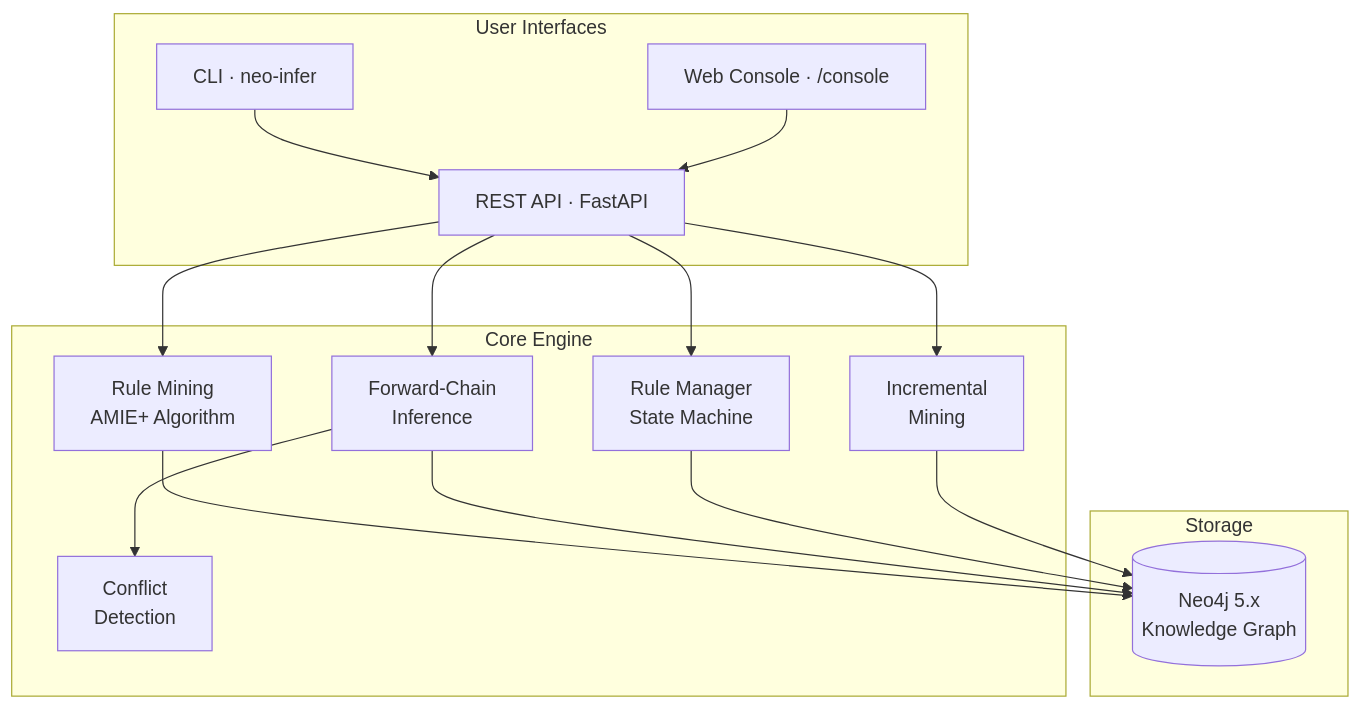
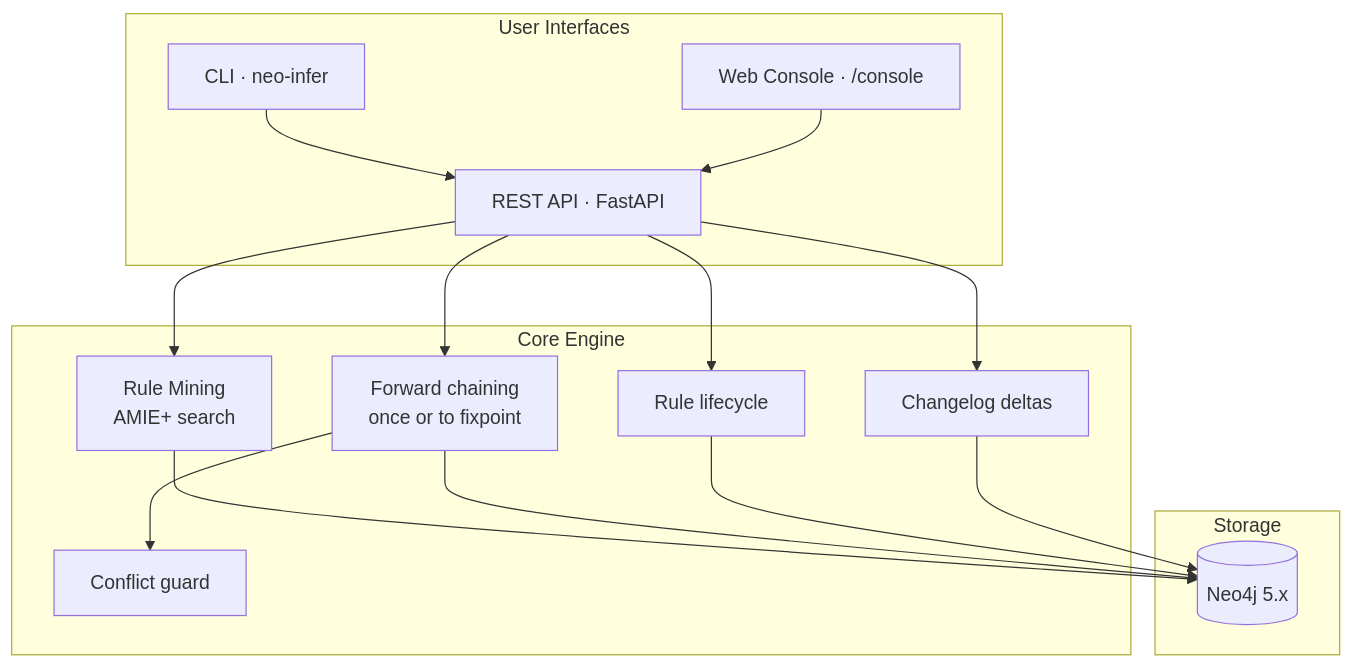
The diagram in README.md (zxr19980213/neo-infer), drawn with Mermaid before and after one commit. The commit also changed other lines of this file, not shown here.

First line of the commit message:
docs: show the live-graph strengths on the README front page

````diff
--- a/README.md
+++ b/README.md
@@ -103,32 +122,32 @@
 ```mermaid
 graph TB
     subgraph User Interfaces
         CLI["CLI · neo-infer"]
         API["REST API · FastAPI"]
         Console["Web Console · /console"]
     end
 
     subgraph Core Engine
-        Mining["Rule Mining<br/>AMIE+ Algorithm"]
-        Inference["Forward-Chain<br/>Inference"]
-        RuleMgmt["Rule Manager<br/>State Machine"]
-        Incremental["Incremental<br/>Mining"]
-        Conflict["Conflict<br/>Detection"]
+        Mining["Rule Mining<br/>AMIE+ search"]
+        Inference["Forward chaining<br/>once or to fixpoint"]
+        RuleMgmt["Rule lifecycle"]
+        Incremental["Changelog deltas"]
+        Conflict["Conflict guard"]
     end
 
     subgraph Storage
-        Neo4j[("Neo4j 5.x<br/>Knowledge Graph")]
+        Neo4j[("Neo4j 5.x")]
     end
 
     CLI --> API
     Console --> API
     API --> Mining
     API --> Inference
     API --> RuleMgmt
     API --> Incremental
     Inference --> Conflict
     Mining --> Neo4j
     Inference --> Neo4j
     RuleMgmt --> Neo4j
     Incremental --> Neo4j
 ```
````
